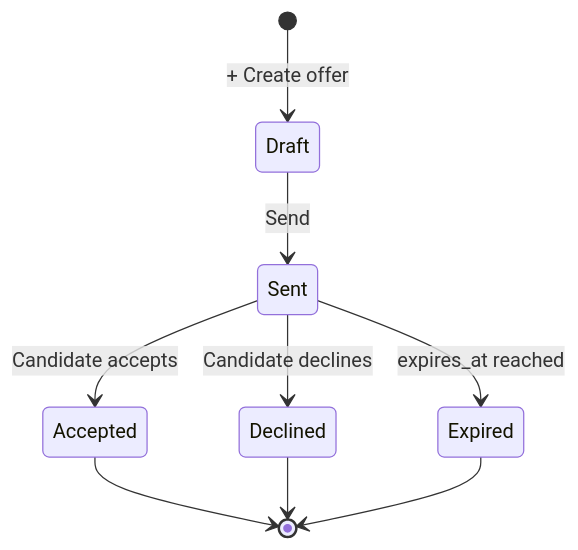
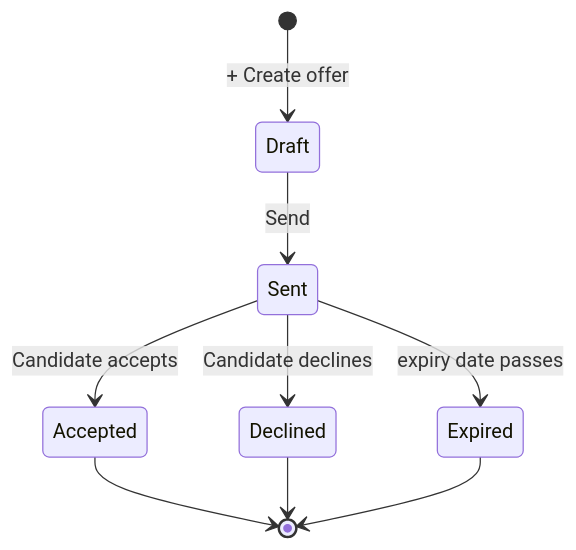
One commit to quilit-dev/quilit-erp changed the second of 2 diagrams in docs/manual/docs/people/recruitment.md. Above: the diagram before and after it, drawn with Mermaid. The commit also changed other lines of this file and 58 other files, not shown here.

````diff
--- a/docs/manual/docs/people/recruitment.md
+++ b/docs/manual/docs/people/recruitment.md
@@ -168,11 +167,11 @@
 ```mermaid
 stateDiagram-v2
     [*] --> Draft : + Create offer
     Draft --> Sent : Send
     Sent --> Accepted : Candidate accepts
     Sent --> Declined : Candidate declines
-    Sent --> Expired : expires_at reached
+    Sent --> Expired : expiry date passes
     Accepted --> [*]
     Declined --> [*]
     Expired --> [*]
 ```
````
